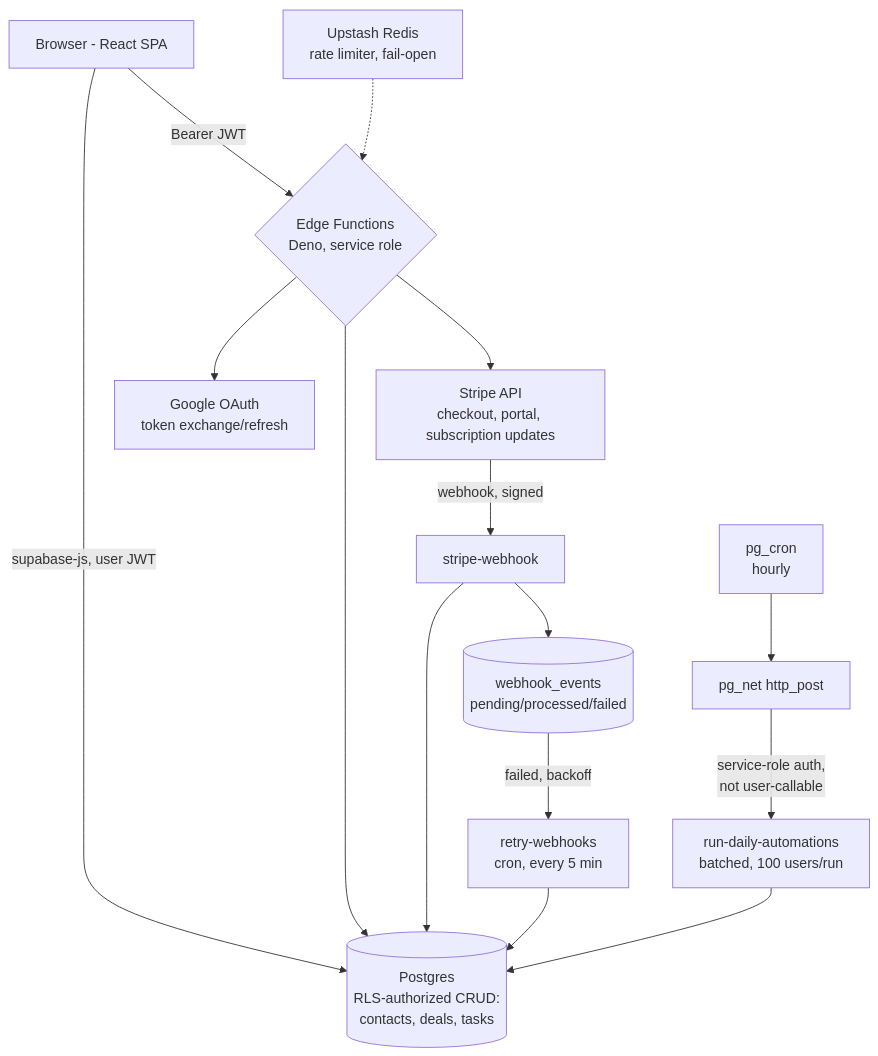
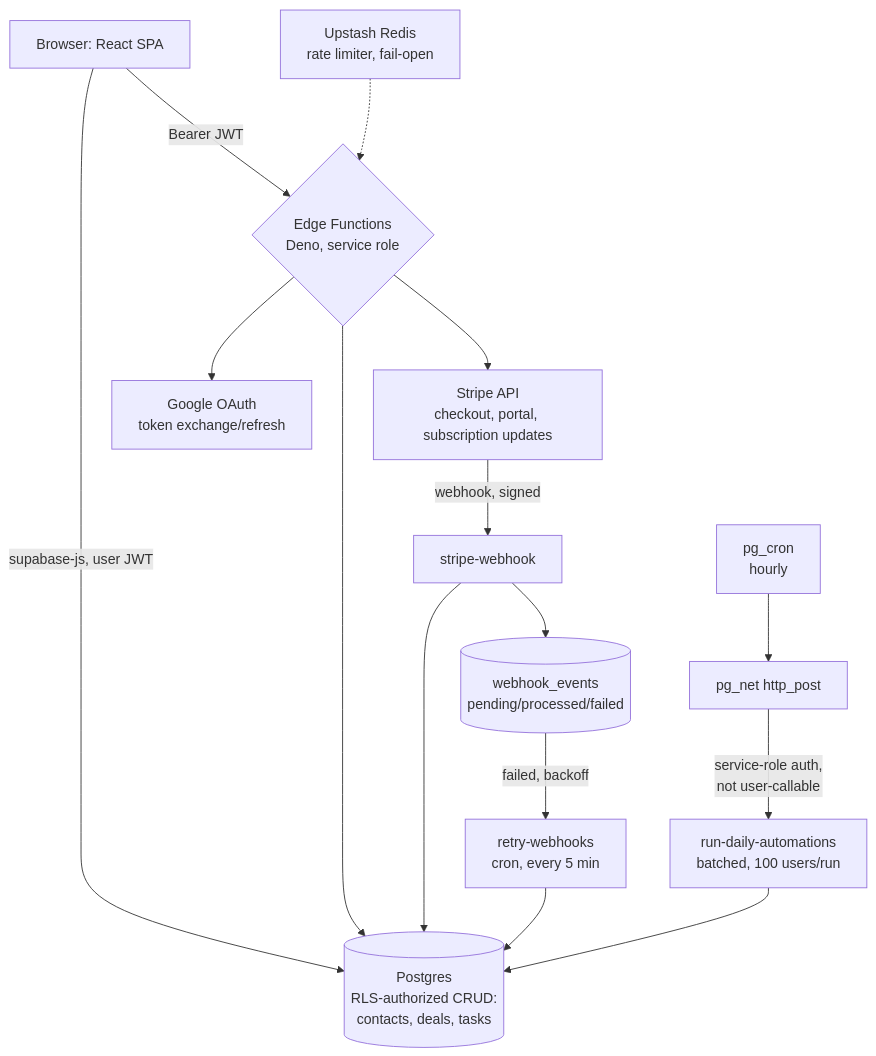
Before and after one commit to iPaire/DesklyCrm: the diagram in README.md, drawn with Mermaid. The commit also changed other lines of this file and 2 other files, not shown here.

````diff
--- a/README.md
+++ b/README.md
@@ -67,21 +67,21 @@
 ```mermaid
 flowchart TD
-    U[Browser - React SPA] -->|supabase-js, user JWT| PG[(Postgres<br/>RLS-authorized CRUD:<br/>contacts, deals, tasks)]
+    U[Browser: React SPA] -->|supabase-js, user JWT| PG[(Postgres<br/>RLS-authorized CRUD:<br/>contacts, deals, tasks)]
     U -->|Bearer JWT| EF{Edge Functions<br/>Deno, service role}
 
     EF --> STRIPE[Stripe API<br/>checkout, portal, subscription updates]
     EF --> GOOGLE[Google OAuth<br/>token exchange/refresh]
     EF --> PG
 
     STRIPE -->|webhook, signed| WH[stripe-webhook]
     WH --> LOG[(webhook_events<br/>pending/processed/failed)]
     WH --> PG
     LOG -->|failed, backoff| RETRY[retry-webhooks<br/>cron, every 5 min]
     RETRY --> PG
 
     CRON[pg_cron<br/>hourly] --> NET[pg_net http_post]
     NET -->|service-role auth,<br/>not user-callable| DAILY[run-daily-automations<br/>batched, 100 users/run]
     DAILY --> PG
 
     RL[Upstash Redis<br/>rate limiter, fail-open] -.-> EF
 ```
````
